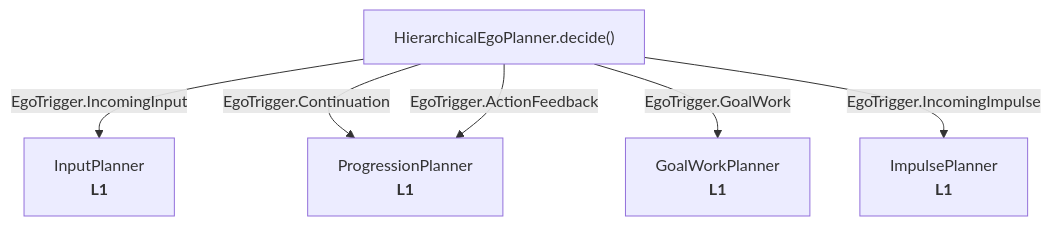
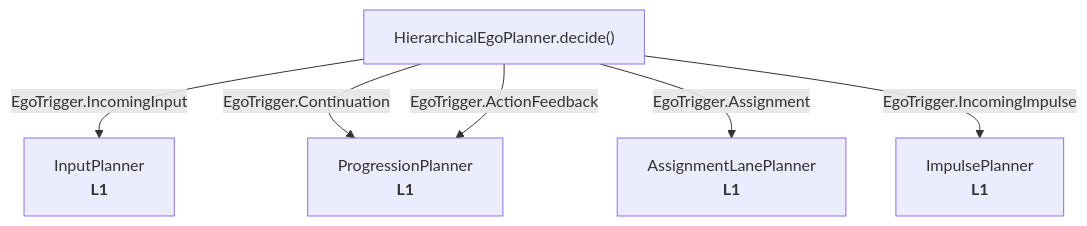
Before and after one commit to neopsyke/NeoPsyke: the second of 5 diagrams in docs/PLANNER_FLOW_DIAGRAM.md, drawn with Mermaid. The commit also changed other lines of this file and 231 other files, not shown here.

Commit message:
refactor(planner)!: rename durable work and goal surfaces to assignment

````diff
--- a/docs/PLANNER_FLOW_DIAGRAM.md
+++ b/docs/PLANNER_FLOW_DIAGRAM.md
@@ -78,10 +80,10 @@
 ```mermaid
 flowchart TB
     decide["HierarchicalEgoPlanner.decide()"]
 
     decide -->|"EgoTrigger.IncomingInput"| L1_input["InputPlanner<br/><b>L1</b>"]
     decide -->|"EgoTrigger.Continuation"| L1_progression["ProgressionPlanner<br/><b>L1</b>"]
     decide -->|"EgoTrigger.ActionFeedback"| L1_progression
-    decide -->|"EgoTrigger.GoalWork"| L1_goal["GoalWorkPlanner<br/><b>L1</b>"]
+    decide -->|"EgoTrigger.Assignment"| L1_assignment["AssignmentLanePlanner<br/><b>L1</b>"]
     decide -->|"EgoTrigger.IncomingImpulse"| L1_impulse["ImpulsePlanner<br/><b>L1</b>"]
 ```
````
